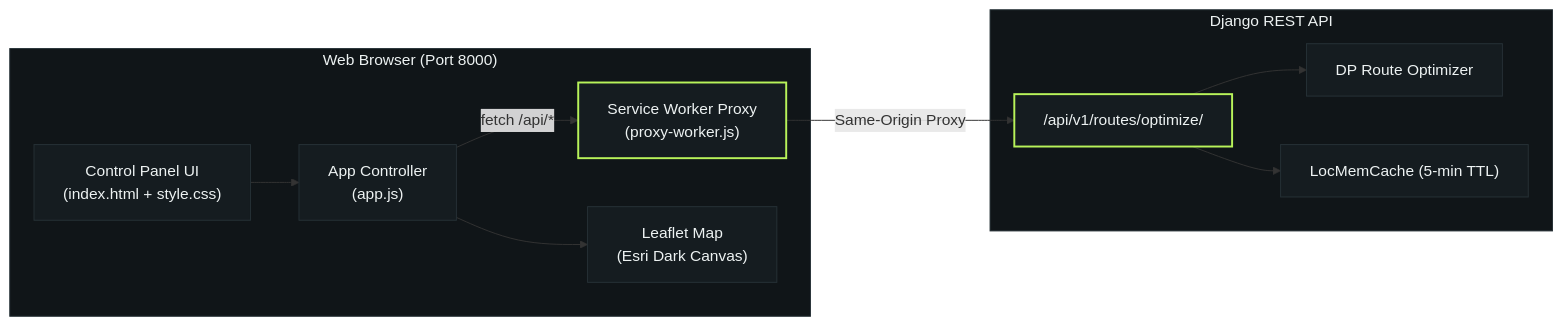
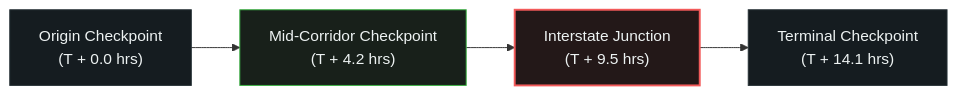
Before and after one commit to Viswesh934/Fuel-check: the third of 3 diagrams in README.md, drawn with Mermaid. The commit also changed other lines of this file and 8 other files, not shown here.

Commit message:
feat(platform): present platform in README, add live URL, and optimize Indian corridor latency

````diff
--- a/README.md
+++ b/README.md
@@ -467,34 +271,11 @@
 ```mermaid
 flowchart LR
-    subgraph Browser ["Web Browser (Port 8000)"]
-        UI["Control Panel UI<br/>(index.html + style.css)"]
-        APP["App Controller<br/>(app.js)"]
-        SW["Service Worker Proxy<br/>(proxy-worker.js)"]
-        MAP["Leaflet Map<br/>(Esri Dark Canvas)"]
-        
-        UI --> APP
-        APP --> MAP
-        APP -->|"fetch /api/*"| SW
-    end
-    
-    subgraph Backend ["Django REST API"]
-        API["/api/v1/routes/optimize/"]
-        OPT["DP Route Optimizer"]
-        CACHE["LocMemCache (5-min TTL)"]
-        
-        API --> CACHE
-        API --> OPT
-    end
-    
-    SW -->|"Same-Origin Proxy"| API
+    Origin["Origin Checkpoint<br/>(T + 0.0 hrs)"] --> CP1["Mid-Corridor Checkpoint<br/>(T + 4.2 hrs)"]
+    CP1 --> CP2["Interstate Junction<br/>(T + 9.5 hrs)"]
+    CP2 --> Dest["Terminal Checkpoint<br/>(T + 14.1 hrs)"]
 
-    style Browser fill:#101518,stroke:#263136,color:#edf2f2
-    style Backend fill:#101518,stroke:#263136,color:#edf2f2
-    style UI fill:#151c20,stroke:#263136,color:#edf2f2
-    style APP fill:#151c20,stroke:#263136,color:#edf2f2
-    style SW fill:#151c20,stroke:#b8f35a,stroke-width:2px,color:#edf2f2
-    style MAP fill:#151c20,stroke:#263136,color:#edf2f2
-    style API fill:#151c20,stroke:#b8f35a,stroke-width:2px,color:#edf2f2
-    style OPT fill:#151c20,stroke:#263136,color:#edf2f2
-    style CACHE fill:#151c20,stroke:#263136,color:#edf2f2
+    style Origin fill:#151c20,stroke:#263136,color:#edf2f2
+    style CP1 fill:#18201a,stroke:#3bb143,color:#edf2f2
+    style CP2 fill:#231818,stroke:#f35a5a,stroke-width:2px,color:#edf2f2
+    style Dest fill:#151c20,stroke:#263136,color:#edf2f2
 ```
````
